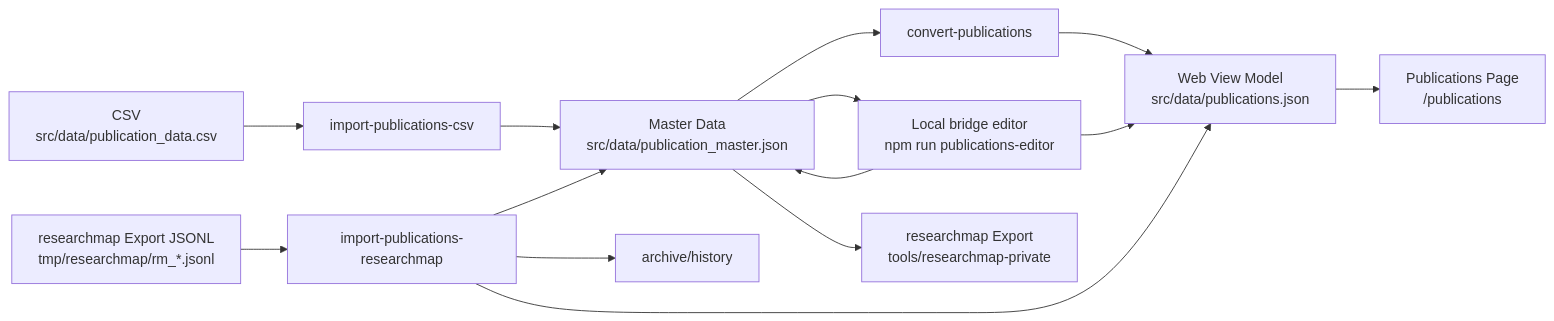
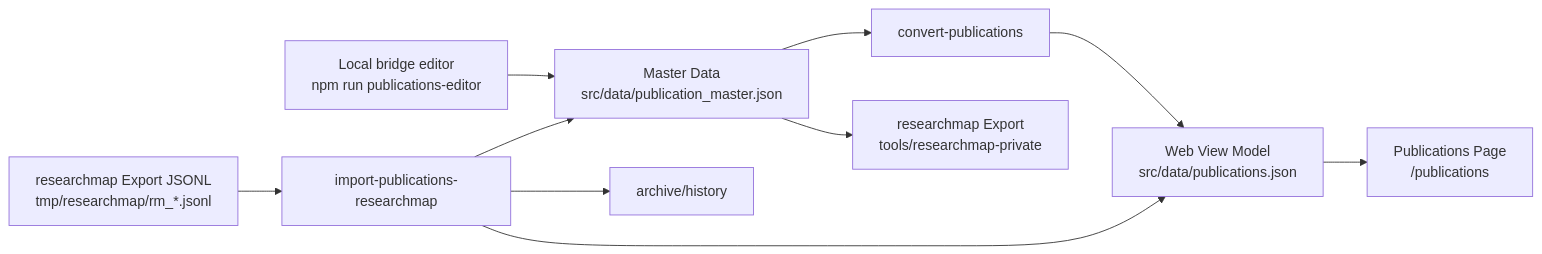
Before and after one commit to tomiokario/my-web-page: the diagram in docs/admin/publications-management.md, drawn with Mermaid. The commit also changed other lines of this file and 9 other files, not shown here.

````diff
--- a/docs/admin/publications-management.md
+++ b/docs/admin/publications-management.md
@@ -89,16 +73,12 @@
 ```mermaid
 flowchart LR
-    A[CSV<br/>src/data/publication_data.csv] --> B[import-publications-csv]
-    B --> C[Master Data<br/>src/data/publication_master.json]
+    A[Local bridge editor<br/>npm run publications-editor] --> C[Master Data<br/>src/data/publication_master.json]
+    I[researchmap Export JSONL<br/>tmp/researchmap/rm_*.jsonl] --> J[import-publications-researchmap]
+    J --> C
     C --> D[convert-publications]
     D --> E[Web View Model<br/>src/data/publications.json]
-    C --> F[Local bridge editor<br/>npm run publications-editor]
-    F --> C
-    F --> E
     E --> G[Publications Page<br/>/publications]
     C --> H[researchmap Export<br/>tools/researchmap-private]
-    I[researchmap Export JSONL<br/>tmp/researchmap/rm_*.jsonl] --> J[import-publications-researchmap]
-    J --> C
     J --> E
     J --> K[archive/history]
 ```
````
